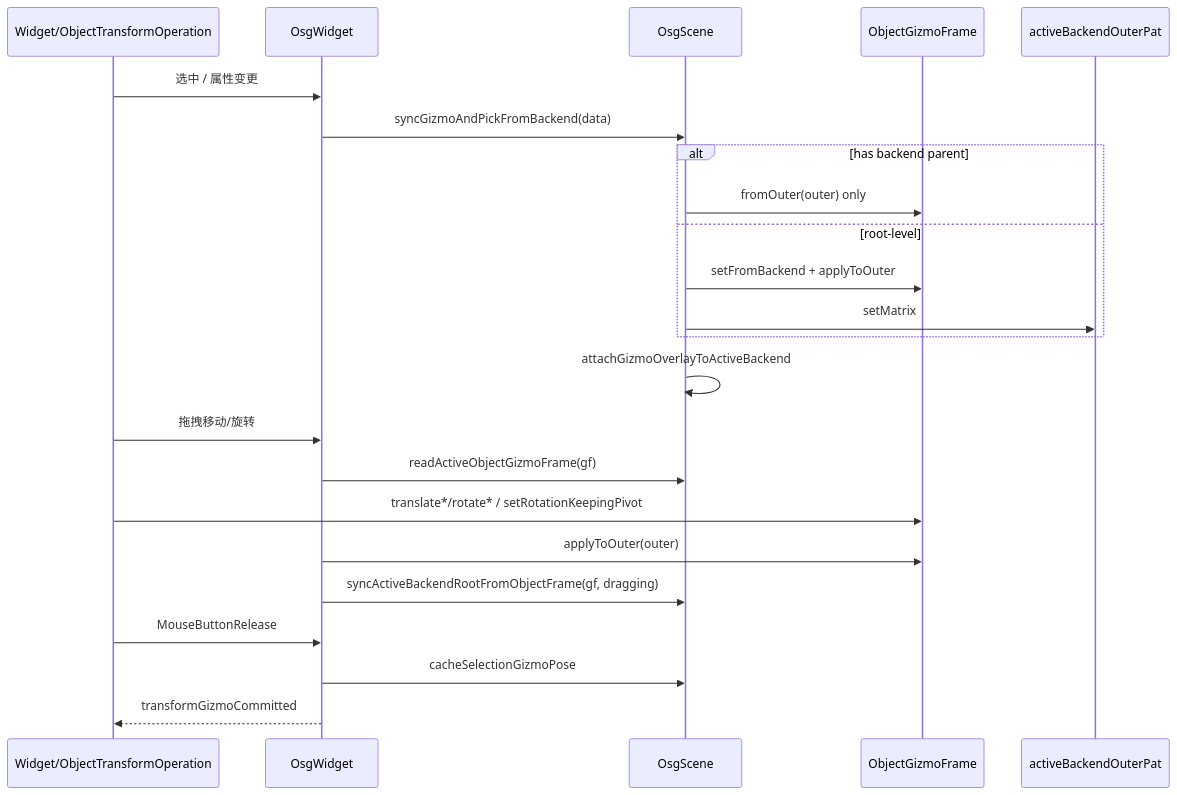
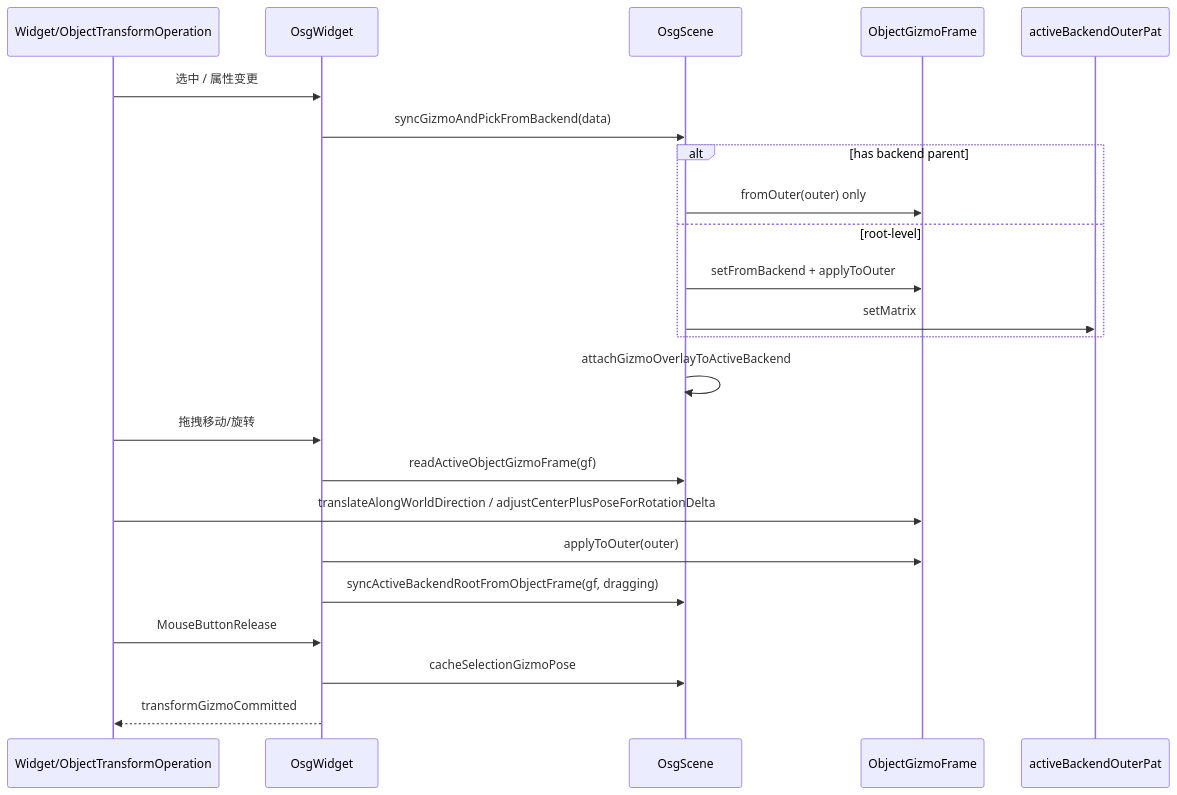
One commit to sanmunejdn/CloudSim changed the fourth of 7 diagrams in ARCHITECTURE_SUMMARY.md. Above: the diagram before and after it, drawn with Mermaid. The commit also changed other lines of this file and 9 other files, not shown here.

````diff
--- a/ARCHITECTURE_SUMMARY.md
+++ b/ARCHITECTURE_SUMMARY.md
@@ -435,28 +436,28 @@
 ```mermaid
 sequenceDiagram
     participant UI as Widget/ObjectTransformOperation
     participant OW as OsgWidget
     participant SC as OsgScene
     participant GF as ObjectGizmoFrame
     participant Outer as activeBackendOuterPat
 
     UI->>OW: 选中 / 属性变更
     OW->>SC: syncGizmoAndPickFromBackend(data)
     alt has backend parent
         SC->>GF: fromOuter(outer) only
     else root-level
         SC->>GF: setFromBackend + applyToOuter
         SC->>Outer: setMatrix
     end
     SC->>SC: attachGizmoOverlayToActiveBackend
 
     UI->>OW: 拖拽移动/旋转
     OW->>SC: readActiveObjectGizmoFrame(gf)
-    UI->>GF: translate*/rotate* / setRotationKeepingPivot
+    UI->>GF: translateAlongWorldDirection / adjustCenterPlusPoseForRotationDelta
     OW->>GF: applyToOuter(outer)
     OW->>SC: syncActiveBackendRootFromObjectFrame(gf, dragging)
 
     UI->>OW: MouseButtonRelease
     OW->>SC: cacheSelectionGizmoPose
     OW-->>UI: transformGizmoCommitted
 ```
````
